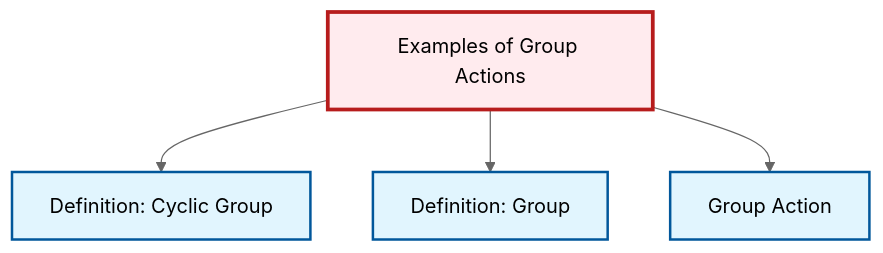
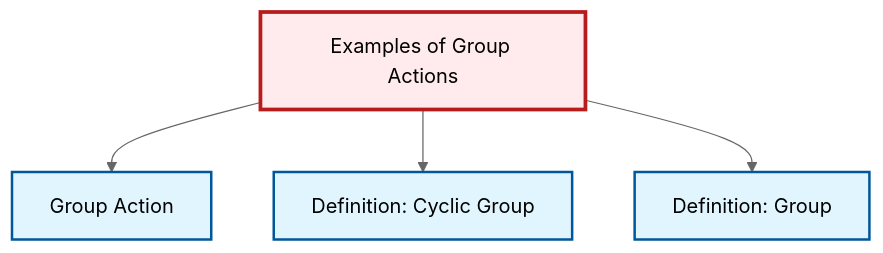
The diagram in content/en/algebra/ex-group-action-examples.qmd (RK0429/ModernMath), drawn with Mermaid (neutral theme) before and after one commit. The commit also changed other lines of this file and 18 other files, not shown here.

````diff
--- a/content/en/algebra/ex-group-action-examples.qmd
+++ b/content/en/algebra/ex-group-action-examples.qmd
@@ -73,20 +77,20 @@
 ```{mermaid}
 %%| fig-cap: "Local dependency graph"
 graph TD
     classDef definition fill:#e1f5fe,stroke:#01579b,stroke-width:2px
     classDef theorem fill:#f3e5f5,stroke:#4a148c,stroke-width:2px
     classDef axiom fill:#fff3e0,stroke:#e65100,stroke-width:2px
     classDef example fill:#e8f5e9,stroke:#1b5e20,stroke-width:2px
     classDef current fill:#ffebee,stroke:#b71c1c,stroke-width:3px
+    def-group["Definition: Group"]:::definition
     ex-group-action-examples["Examples of Group Actions"]:::example
     def-group-action["Group Action"]:::definition
     def-cyclic-group["Definition: Cyclic Group"]:::definition
-    def-group["Definition: Group"]:::definition
+    ex-group-action-examples --> def-group-action
     ex-group-action-examples --> def-cyclic-group
     ex-group-action-examples --> def-group
-    ex-group-action-examples --> def-group-action
     class ex-group-action-examples current
+    click def-group "def-group.html" "Go to Group definition"
     click def-group-action "def-group-action.html" "Go to Group Action"
     click def-cyclic-group "def-cyclic-group.html" "Go to Cyclic Group definition"
-    click def-group "def-group.html" "Go to Group definition"
 ```
````
